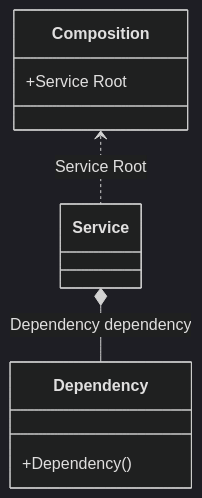
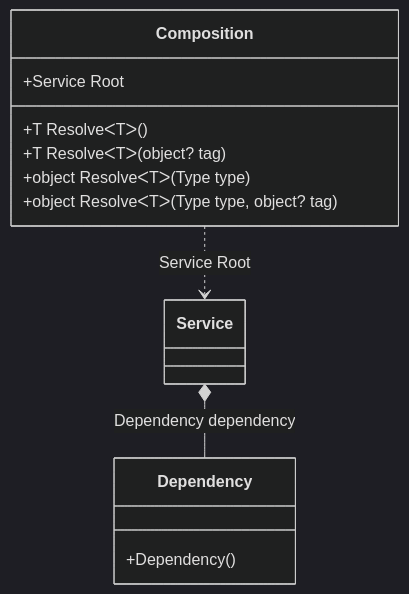
The eighth of 22 diagrams in readme/Examples.md (DevTeam/Pure.DI), drawn with Mermaid (dark theme) before and after one commit. The commit also changed other lines of this file and 3 other files, not shown here.

````diff
--- a/readme/Examples.md
+++ b/readme/Examples.md
@@ -462,11 +491,15 @@
 ```mermaid
 classDiagram
 class Composition {
 +Service Root
++T ResolveᐸTᐳ()
++T ResolveᐸTᐳ(object? tag)
++object ResolveᐸTᐳ(Type type)
++object ResolveᐸTᐳ(Type type, object? tag)
 }
 class Dependency {
 +Dependency()
 }
-Composition <.. Service : Service Root
+Composition ..> Service : Service Root
 Service *-- Dependency : Dependency dependency
 ```
````
